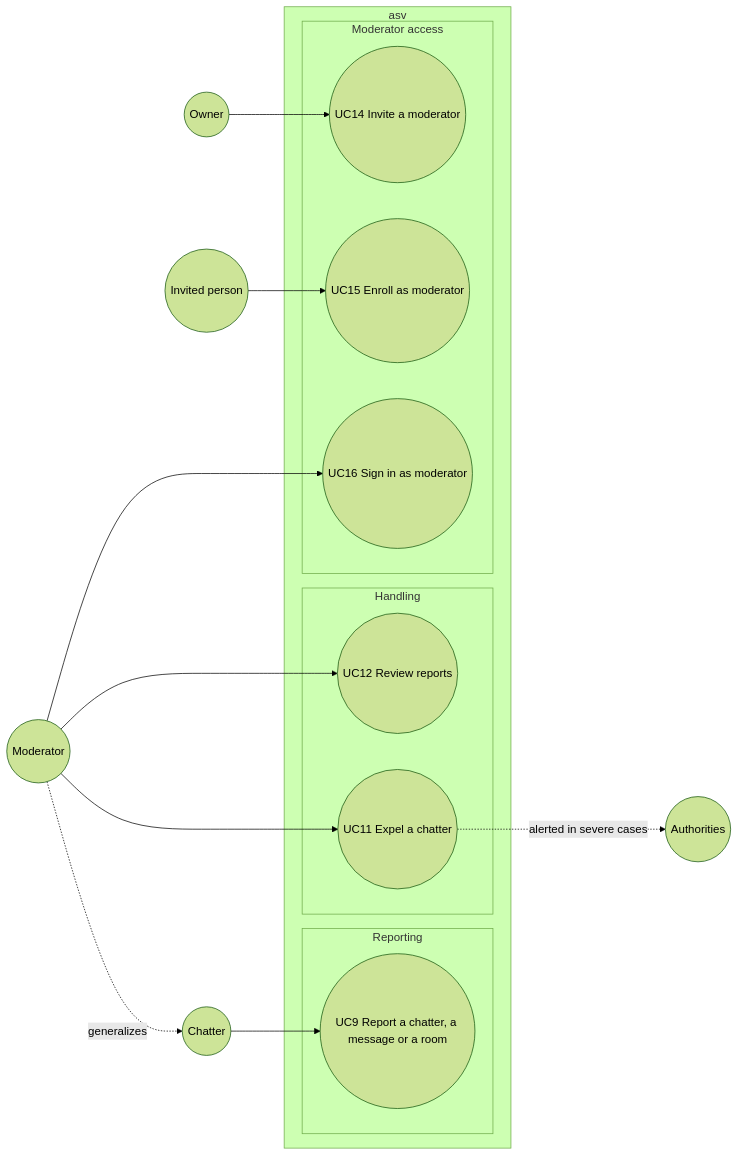
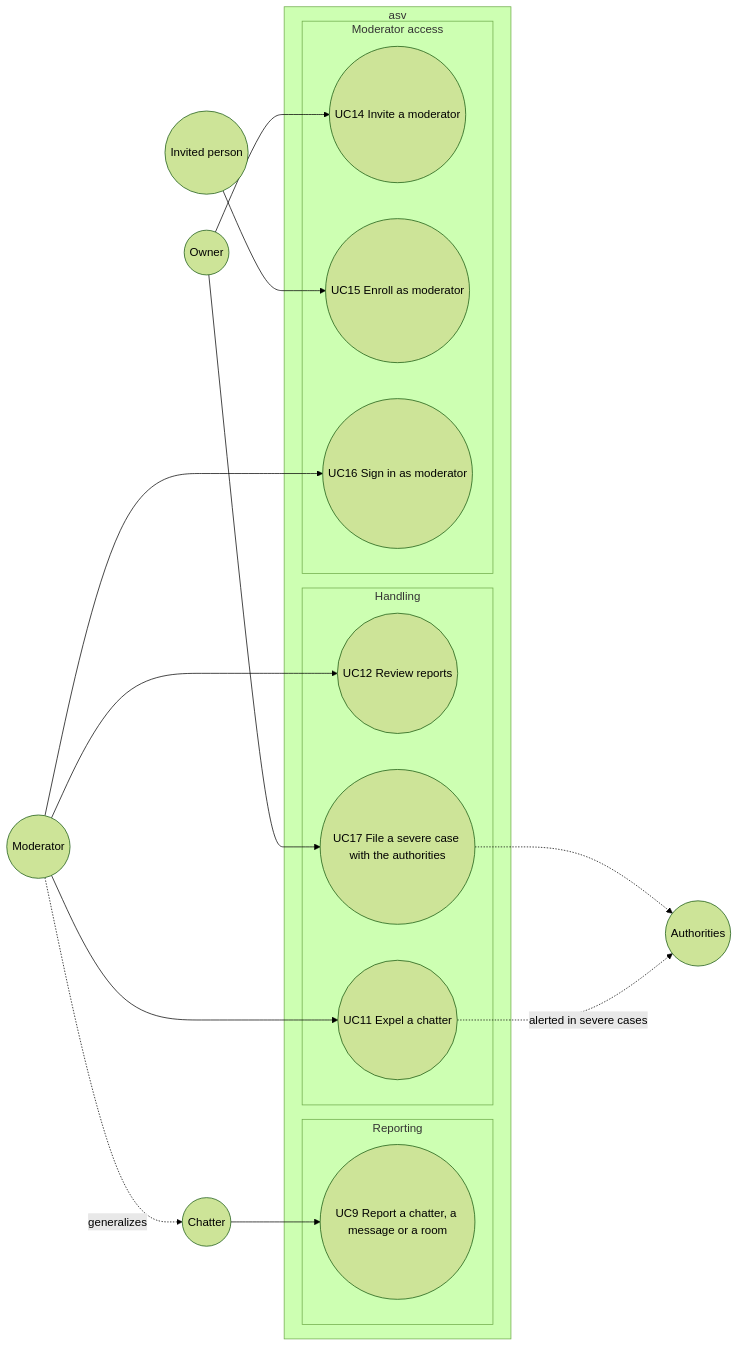
Before and after one commit to benoit-bremaud/asv: the diagram in docs/architecture/diagrams/moderation/01-use-case.md, drawn with Mermaid (forest theme). The commit also changed other lines of this file and 17 other files, not shown here.

````diff
--- a/docs/architecture/diagrams/moderation/01-use-case.md
+++ b/docs/architecture/diagrams/moderation/01-use-case.md
@@ -15,30 +15,33 @@
 ```mermaid
 flowchart LR
   Chatter(("Chatter"))
   Moderator(("Moderator"))
   Owner(("Owner"))
   Invitee(("Invited person"))
   Authorities(("Authorities"))
   subgraph SYSTEM ["asv"]
     subgraph Reporting ["Reporting"]
       UC9(("UC9 Report a chatter, a message or a room"))
     end
     subgraph Handling ["Handling"]
       UC12(("UC12 Review reports"))
       UC11(("UC11 Expel a chatter"))
+      UC17(("UC17 File a severe case with the authorities"))
     end
     subgraph Access ["Moderator access"]
       UC14(("UC14 Invite a moderator"))
       UC15(("UC15 Enroll as moderator"))
       UC16(("UC16 Sign in as moderator"))
     end
   end
   Chatter --> UC9
   Moderator --> UC12
   Moderator --> UC11
   Moderator --> UC16
   Owner --> UC14
+  Owner --> UC17
+  UC17 -.-> Authorities
   Invitee --> UC15
   UC11 -.->|"alerted in severe cases"| Authorities
   Moderator -.->|"generalizes"| Chatter
 ```
````
